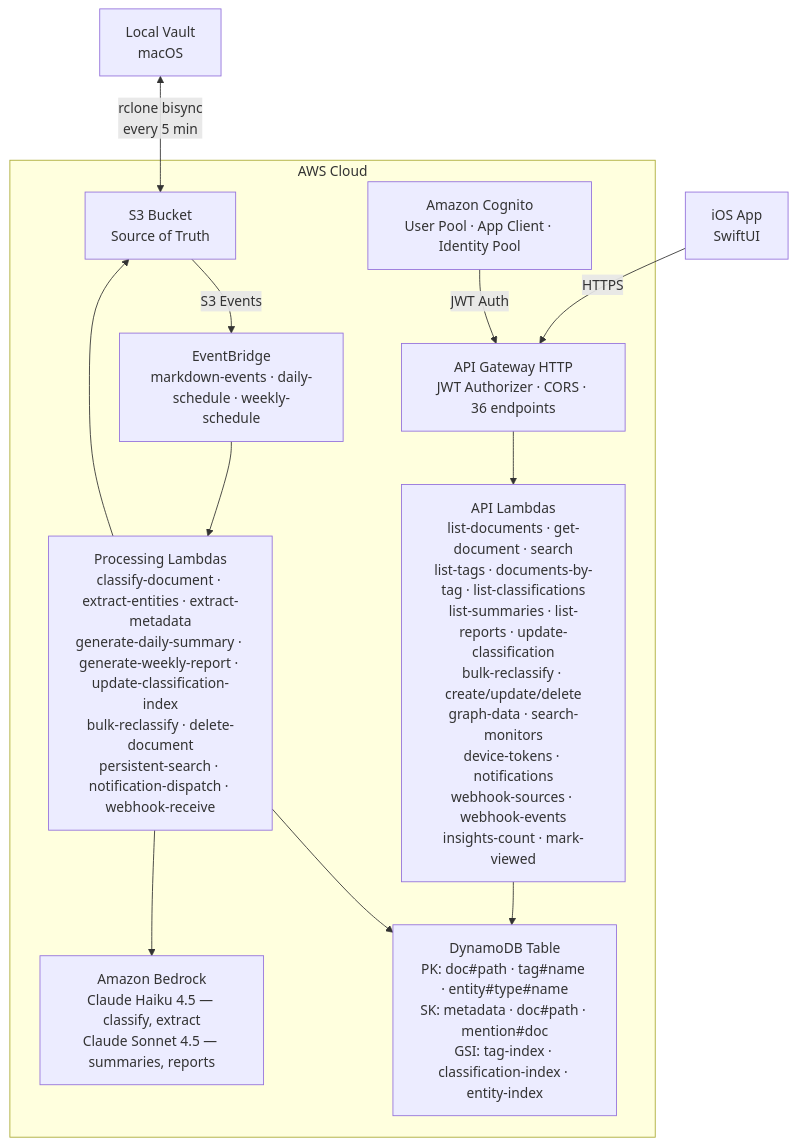
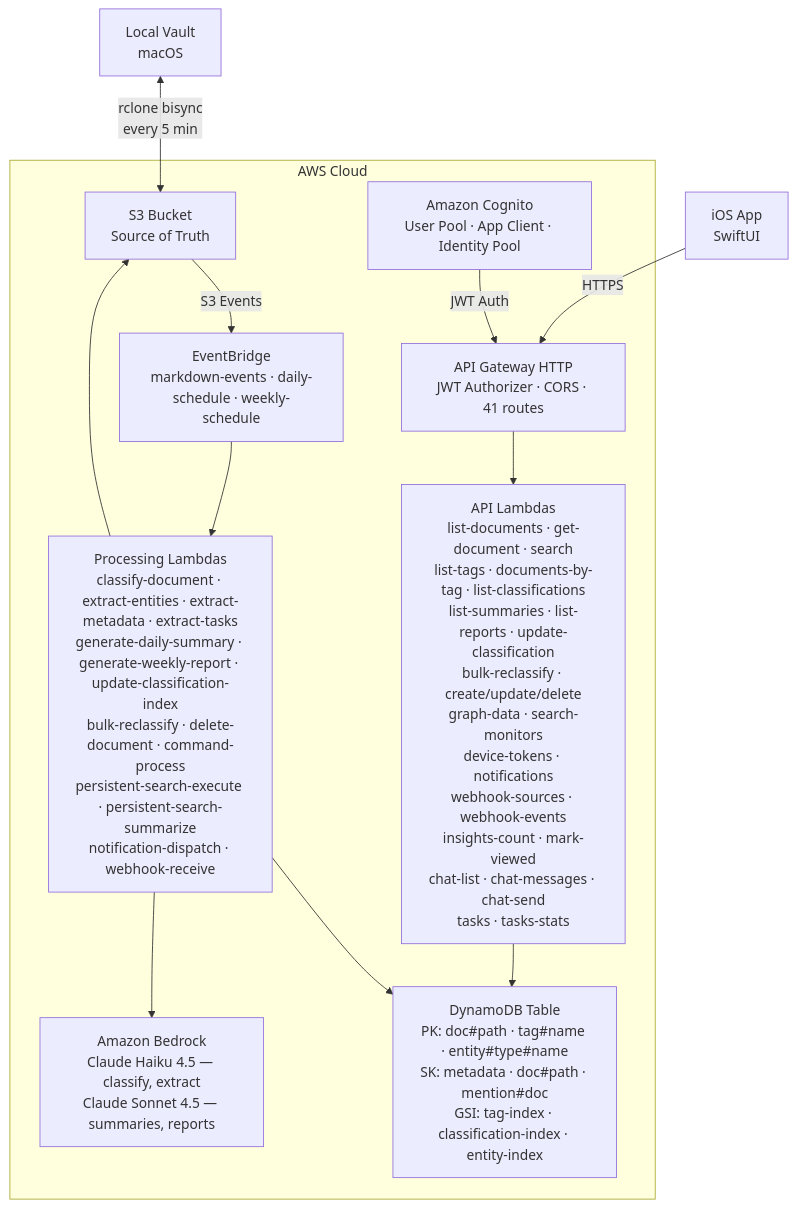
One commit to spaceba-by/pkm changed the diagram in docs/architecture.md. Above: the diagram before and after it, drawn with Mermaid. The commit also changed other lines of this file and 4 other files, not shown here.

````diff
--- a/docs/architecture.md
+++ b/docs/architecture.md
@@ -9,23 +9,23 @@
 ```mermaid
 graph TD
     Vault[Local Vault<br/>macOS] <-->|rclone bisync<br/>every 5 min| S3
     iOS[iOS App<br/>SwiftUI] -->|HTTPS| APIGW
 
     subgraph AWS[AWS Cloud]
         S3[S3 Bucket<br/>Source of Truth]
         Cognito[Amazon Cognito<br/>User Pool · App Client · Identity Pool]
 
         S3 -->|S3 Events| EB[EventBridge<br/>markdown-events · daily-schedule · weekly-schedule]
-        Cognito -->|JWT Auth| APIGW[API Gateway HTTP<br/>JWT Authorizer · CORS · 36 endpoints]
+        Cognito -->|JWT Auth| APIGW[API Gateway HTTP<br/>JWT Authorizer · CORS · 41 routes]
 
-        EB --> ProcLambda[Processing Lambdas<br/>classify-document · extract-entities · extract-metadata<br/>generate-daily-summary · generate-weekly-report · update-classification-index<br/>bulk-reclassify · delete-document<br/>persistent-search · notification-dispatch · webhook-receive]
+        EB --> ProcLambda[Processing Lambdas<br/>classify-document · extract-entities · extract-metadata · extract-tasks<br/>generate-daily-summary · generate-weekly-report · update-classification-index<br/>bulk-reclassify · delete-document · command-process<br/>persistent-search-execute · persistent-search-summarize<br/>notification-dispatch · webhook-receive]
 
-        APIGW --> APILambda[API Lambdas<br/>list-documents · get-document · search<br/>list-tags · documents-by-tag · list-classifications<br/>list-summaries · list-reports · update-classification<br/>bulk-reclassify · create/update/delete<br/>graph-data · search-monitors<br/>device-tokens · notifications<br/>webhook-sources · webhook-events<br/>insights-count · mark-viewed]
+        APIGW --> APILambda[API Lambdas<br/>list-documents · get-document · search<br/>list-tags · documents-by-tag · list-classifications<br/>list-summaries · list-reports · update-classification<br/>bulk-reclassify · create/update/delete<br/>graph-data · search-monitors<br/>device-tokens · notifications<br/>webhook-sources · webhook-events<br/>insights-count · mark-viewed<br/>chat-list · chat-messages · chat-send<br/>tasks · tasks-stats]
 
         ProcLambda --> DynamoDB[DynamoDB Table<br/>PK: doc#path · tag#name · entity#type#name<br/>SK: metadata · doc#path · mention#doc<br/>GSI: tag-index · classification-index · entity-index]
         APILambda --> DynamoDB
         ProcLambda --> S3
 
         ProcLambda --> Bedrock[Amazon Bedrock<br/>Claude Haiku 4.5 — classify, extract<br/>Claude Sonnet 4.5 — summaries, reports]
     end
 ```
````
